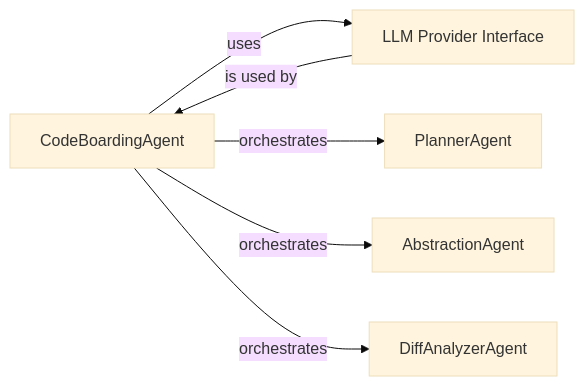
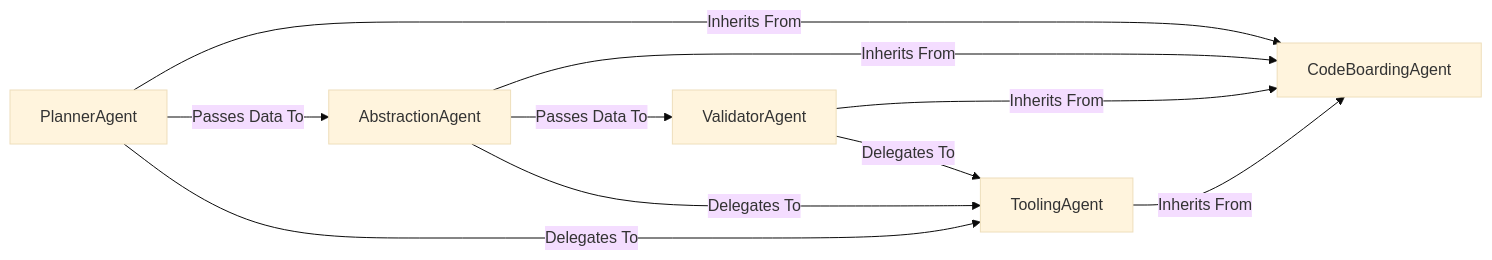
One commit to mariyam866/CodeBoarding changed the second of 3 diagrams in docs/development/architecture.md. Above: the diagram before and after it, drawn with Mermaid (base theme). The commit also changed other lines of this file and 13 other files, not shown here.

First line of the commit message:
docs: update codeboarding documentation and generate architecture

````diff
--- a/docs/development/architecture.md
+++ b/docs/development/architecture.md
@@ -85,13 +81,17 @@
 ```mermaid
 graph LR
     CodeBoardingAgent["CodeBoardingAgent"]
-    LLM_Provider_Interface["LLM Provider Interface"]
     PlannerAgent["PlannerAgent"]
     AbstractionAgent["AbstractionAgent"]
-    DiffAnalyzerAgent["DiffAnalyzerAgent"]
-    CodeBoardingAgent -- "uses" --> LLM_Provider_Interface
-    CodeBoardingAgent -- "orchestrates" --> PlannerAgent
-    CodeBoardingAgent -- "orchestrates" --> AbstractionAgent
-    CodeBoardingAgent -- "orchestrates" --> DiffAnalyzerAgent
-    LLM_Provider_Interface -- "is used by" --> CodeBoardingAgent
+    ValidatorAgent["ValidatorAgent"]
+    ToolingAgent["ToolingAgent"]
+    PlannerAgent -- "Inherits From" --> CodeBoardingAgent
+    PlannerAgent -- "Passes Data To" --> AbstractionAgent
+    AbstractionAgent -- "Inherits From" --> CodeBoardingAgent
+    AbstractionAgent -- "Passes Data To" --> ValidatorAgent
+    ValidatorAgent -- "Inherits From" --> CodeBoardingAgent
+    ToolingAgent -- "Inherits From" --> CodeBoardingAgent
+    PlannerAgent -- "Delegates To" --> ToolingAgent
+    AbstractionAgent -- "Delegates To" --> ToolingAgent
+    ValidatorAgent -- "Delegates To" --> ToolingAgent
 ```
````
